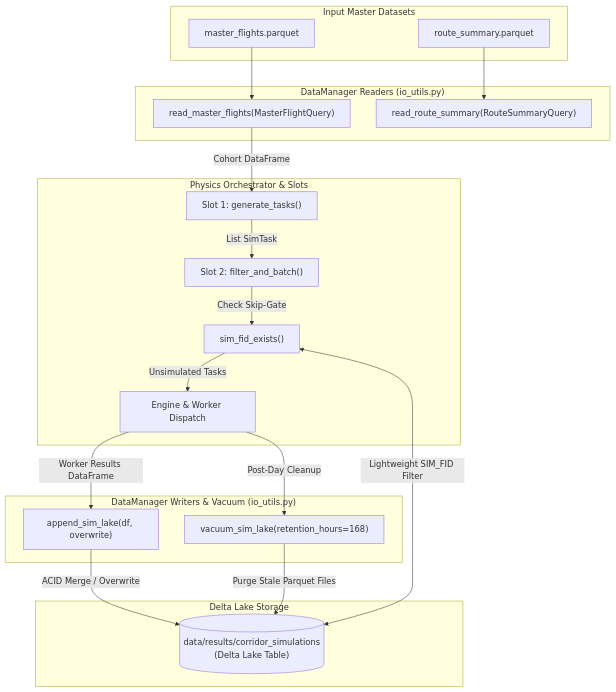
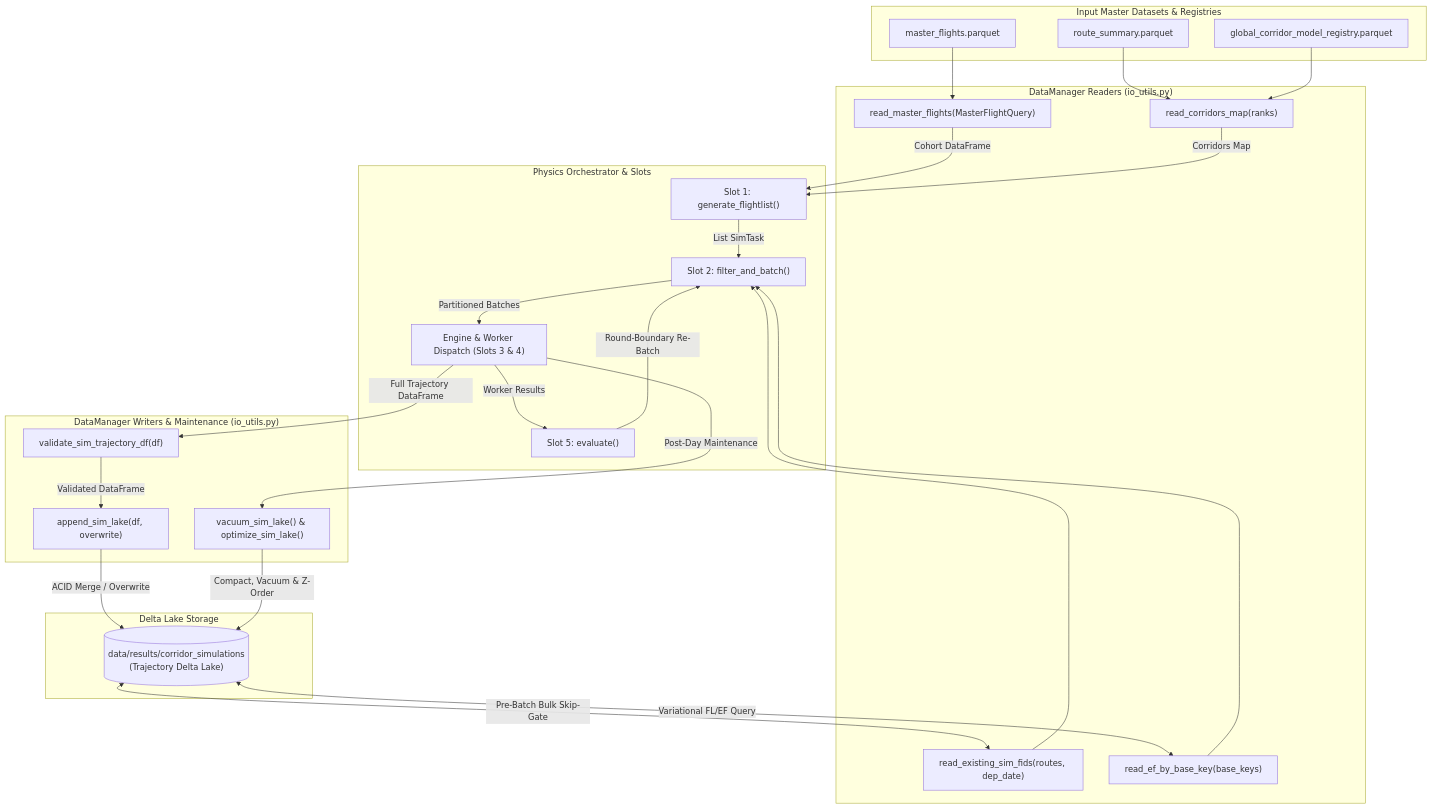
One commit to Bauzement123/flight-physics-pipeline changed the diagram in src/data_manager/README.md. Above: the diagram before and after it, drawn with Mermaid. The commit also changed other lines of this file and 8 other files, not shown here.

Commit message:
feat(physics,data_manager): formalize trajectory Delta Lake schema, runtime validation, and slot separation of concerns

````diff
--- a/src/data_manager/README.md
+++ b/src/data_manager/README.md
@@ -74,41 +89,50 @@
 ```mermaid
 flowchart TD
-    subgraph Inputs ["Input Master Datasets"]
+    subgraph Inputs ["Input Master Datasets & Registries"]
         A1["master_flights.parquet"]
         A2["route_summary.parquet"]
+        A3["global_corridor_model_registry.parquet"]
     end
 
     subgraph DataManager_Read ["DataManager Readers (io_utils.py)"]
         B1["read_master_flights(MasterFlightQuery)"]
-        B2["read_route_summary(RouteSummaryQuery)"]
+        B2["read_corridors_map(ranks)"]
+        B3["read_existing_sim_fids(routes, dep_date)"]
+        B4["read_ef_by_base_key(base_keys)"]
     end
 
     subgraph Orchestrator ["Physics Orchestrator & Slots"]
-        C1["Slot 1: generate_tasks()"]
+        C1["Slot 1: generate_flightlist()"]
         C2["Slot 2: filter_and_batch()"]
-        C3["sim_fid_exists()"]
-        C4["Engine & Worker Dispatch"]
+        C3["Engine & Worker Dispatch (Slots 3 & 4)"]
+        C4["Slot 5: evaluate()"]
     end
 
-    subgraph DataManager_Write ["DataManager Writers & Vacuum (io_utils.py)"]
-        D1["append_sim_lake(df, overwrite)"]
-        D2["vacuum_sim_lake(retention_hours=168)"]
+    subgraph DataManager_Write ["DataManager Writers & Maintenance (io_utils.py)"]
+        D1["validate_sim_trajectory_df(df)"]
+        D2["append_sim_lake(df, overwrite)"]
+        D3["vacuum_sim_lake() & optimize_sim_lake()"]
     end
 
     subgraph Storage ["Delta Lake Storage"]
         E1[("data/results/corridor_simulations
-(Delta Lake Table)")]
+(Trajectory Delta Lake)")]
     end
 
     A1 --> B1
-    A2 --> B2
+    A2 & A3 --> B2
     B1 -->|Cohort DataFrame| C1
+    B2 -->|Corridors Map| C1
     C1 -->|List SimTask| C2
-    C2 -->|Check Skip-Gate| C3
-    E1 <-->|Lightweight SIM_FID Filter| C3
-    C3 -->|Unsimulated Tasks| C4
-    C4 -->|Worker Results DataFrame| D1
-    D1 -->|ACID Merge / Overwrite| E1
-    C4 -->|Post-Day Cleanup| D2
-    D2 -->|Purge Stale Parquet Files| E1
+    E1 <-->|Pre-Batch Bulk Skip-Gate| B3
+    E1 <-->|Variational FL/EF Query| B4
+    B3 & B4 --> C2
+    C2 -->|Partitioned Batches| C3
+    C3 -->|Full Trajectory DataFrame| D1
+    D1 -->|Validated DataFrame| D2
+    D2 -->|ACID Merge / Overwrite| E1
+    C3 -->|Worker Results| C4
+    C4 -->|Round-Boundary Re-Batch| C2
+    C3 -->|Post-Day Maintenance| D3
+    D3 -->|Compact, Vacuum & Z-Order| E1
 ```
````
